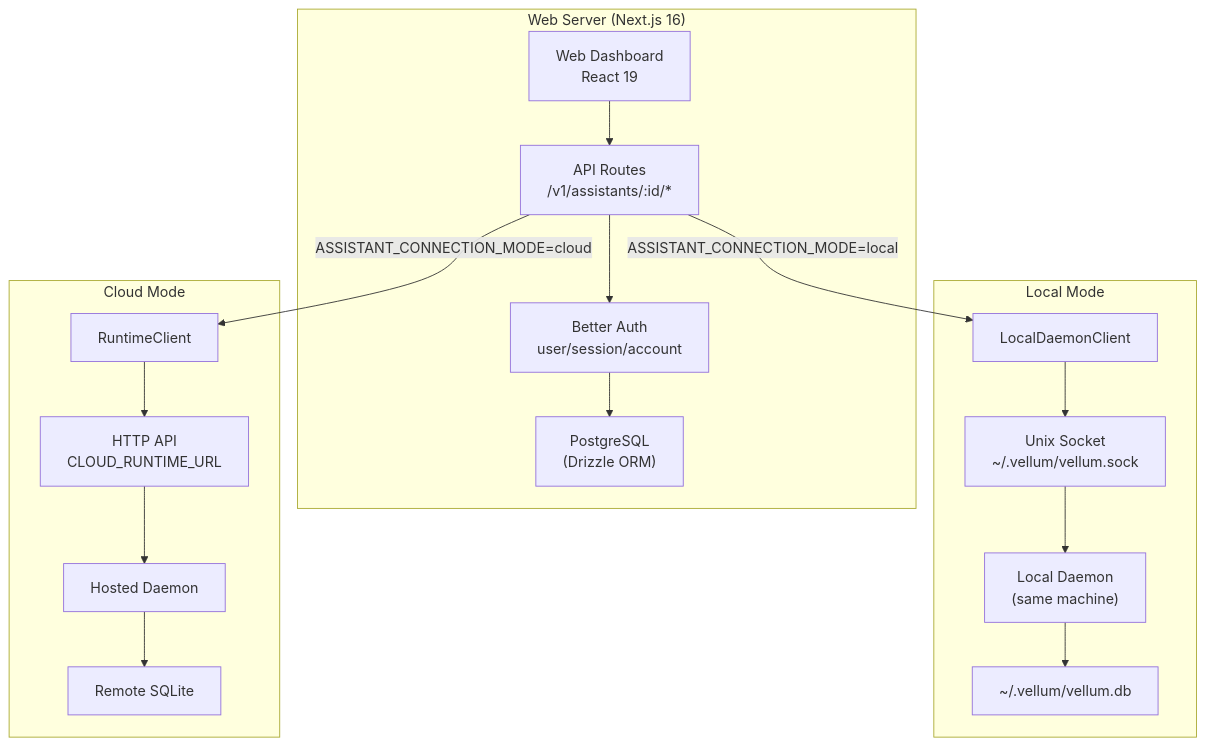
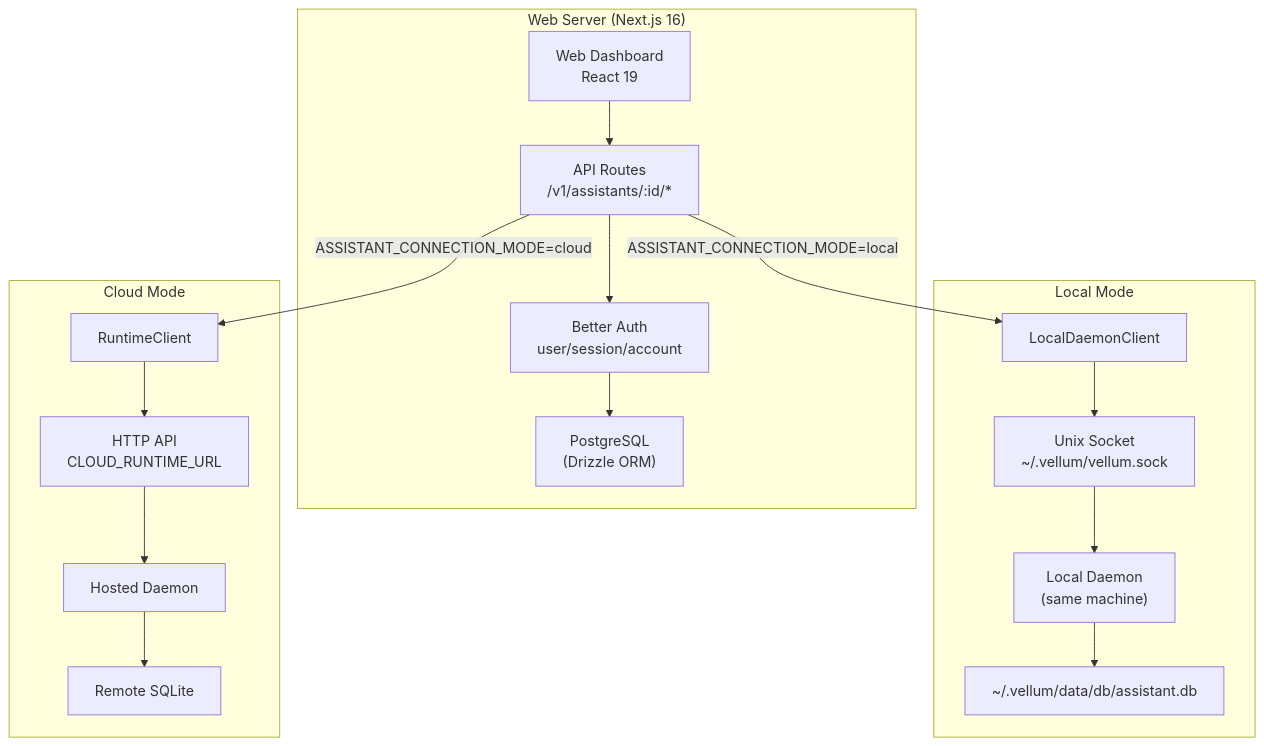
The sixth of 11 diagrams in ARCHITECTURE.md (vellum-ai/vellum-assistant), drawn with Mermaid before and after one commit. The commit also changed other lines of this file and 1 other file, not shown here.

````diff
--- a/ARCHITECTURE.md
+++ b/ARCHITECTURE.md
@@ -530,37 +530,37 @@
 ```mermaid
 graph TB
     subgraph "Web Server (Next.js 16)"
         DASHBOARD["Web Dashboard<br/>React 19"]
         ROUTES["API Routes<br/>/v1/assistants/:id/*"]
         AUTH["Better Auth<br/>user/session/account"]
         PG["PostgreSQL<br/>(Drizzle ORM)"]
     end
 
     subgraph "Local Mode"
         LOCAL_CLIENT["LocalDaemonClient"]
         LOCAL_SOCK["Unix Socket<br/>~/.vellum/vellum.sock"]
         LOCAL_DAEMON["Local Daemon<br/>(same machine)"]
-        LOCAL_DB["~/.vellum/vellum.db"]
+        LOCAL_DB["~/.vellum/data/db/assistant.db"]
     end
 
     subgraph "Cloud Mode"
         RUNTIME_CLIENT["RuntimeClient"]
         CLOUD_HTTP["HTTP API<br/>CLOUD_RUNTIME_URL"]
         CLOUD_DAEMON["Hosted Daemon"]
         CLOUD_DB["Remote SQLite"]
     end
 
     DASHBOARD --> ROUTES
     ROUTES --> AUTH
     AUTH --> PG
 
     ROUTES -->|"ASSISTANT_CONNECTION_MODE=local"| LOCAL_CLIENT
     LOCAL_CLIENT --> LOCAL_SOCK
     LOCAL_SOCK --> LOCAL_DAEMON
     LOCAL_DAEMON --> LOCAL_DB
 
     ROUTES -->|"ASSISTANT_CONNECTION_MODE=cloud"| RUNTIME_CLIENT
     RUNTIME_CLIENT --> CLOUD_HTTP
     CLOUD_HTTP --> CLOUD_DAEMON
     CLOUD_DAEMON --> CLOUD_DB
 ```
````
